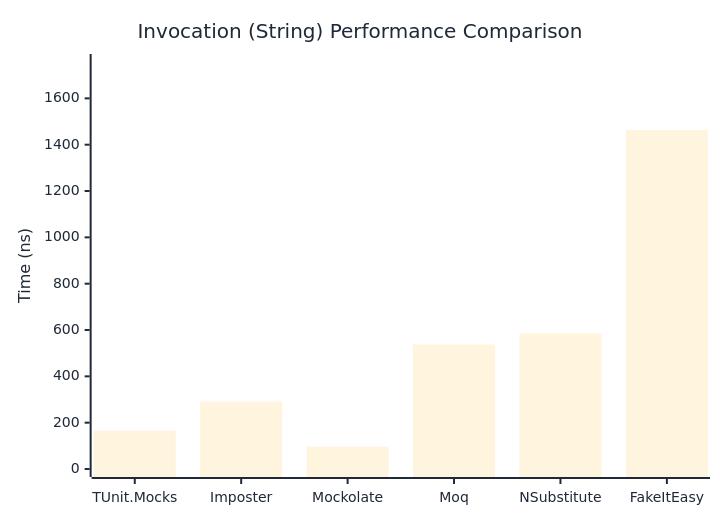
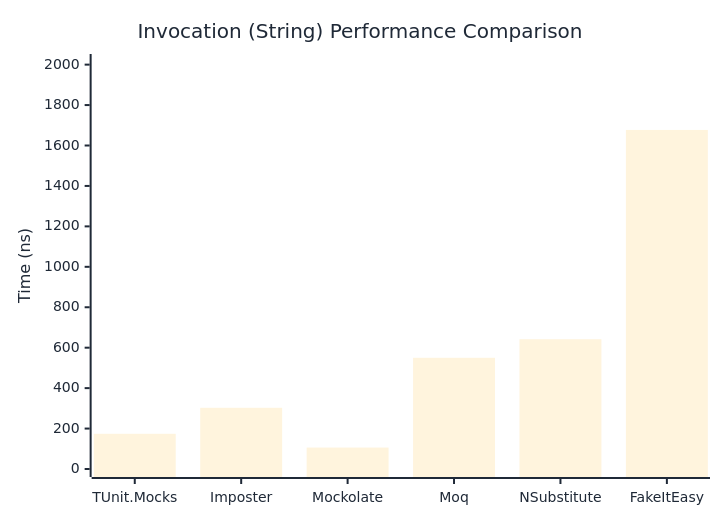
Before and after one commit to thomhurst/TUnit: the second of 3 diagrams in docs/docs/benchmarks/mocks/Invocation.md, drawn with Mermaid. The commit also changed other lines of this file and 14 other files, not shown here.

````diff
--- a/docs/docs/benchmarks/mocks/Invocation.md
+++ b/docs/docs/benchmarks/mocks/Invocation.md
@@ -71,27 +71,27 @@
 ```mermaid
 %%{init: {
   'theme':'base',
   'themeVariables': {
     'primaryColor': '#2563eb',
     'primaryTextColor': '#1f2937',
     'primaryBorderColor': '#1e40af',
     'lineColor': '#6b7280',
     'secondaryColor': '#7c3aed',
     'tertiaryColor': '#dc2626',
     'background': '#ffffff',
     'pie1': '#2563eb',
     'pie2': '#7c3aed',
     'pie3': '#dc2626',
     'pie4': '#f59e0b',
     'pie5': '#10b981',
     'pie6': '#06b6d4',
     'pie7': '#ec4899',
     'pie8': '#6366f1'
   }
 }}%%
 xychart-beta
   title "Invocation (String) Performance Comparison"
   x-axis ["TUnit.Mocks", "Imposter", "Mockolate", "Moq", "NSubstitute", "FakeItEasy"]
-  y-axis "Time (ns)" 0 --> 1757
-  bar [166.1, 290.95, 96.79, 537.42, 585.36, 1463.68]
+  y-axis "Time (ns)" 0 --> 2013
+  bar [174.2, 302.7, 106, 550, 641.9, 1677]
 ```
````
